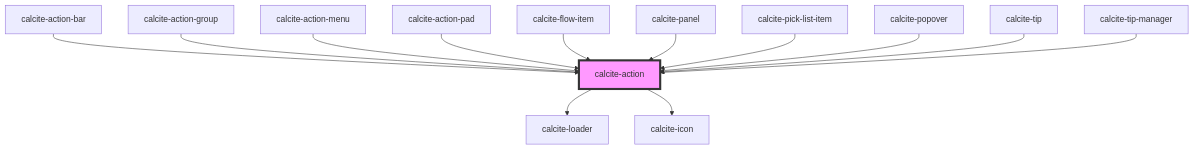
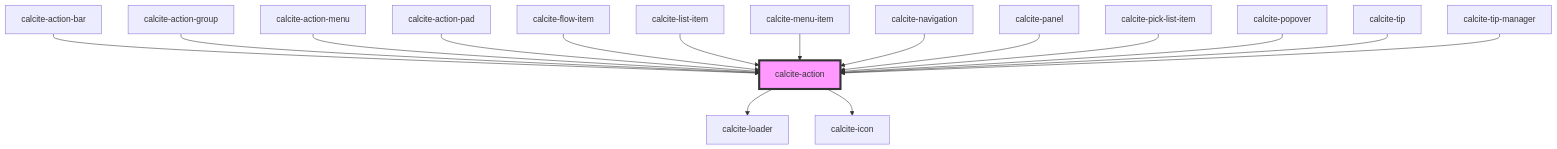
The diagram in packages/calcite-components/src/components/action/readme.md (vikivakarvc/calcite-design-system), drawn with Mermaid before and after one commit. The commit also changed other lines of this file and 91 other files, not shown here.

````diff
--- a/packages/calcite-components/src/components/action/readme.md
+++ b/packages/calcite-components/src/components/action/readme.md
@@ -106,16 +110,19 @@
 ```mermaid
 graph TD;
   calcite-action --> calcite-loader
   calcite-action --> calcite-icon
   calcite-action-bar --> calcite-action
   calcite-action-group --> calcite-action
   calcite-action-menu --> calcite-action
   calcite-action-pad --> calcite-action
   calcite-flow-item --> calcite-action
+  calcite-list-item --> calcite-action
+  calcite-menu-item --> calcite-action
+  calcite-navigation --> calcite-action
   calcite-panel --> calcite-action
   calcite-pick-list-item --> calcite-action
   calcite-popover --> calcite-action
   calcite-tip --> calcite-action
   calcite-tip-manager --> calcite-action
   style calcite-action fill:#f9f,stroke:#333,stroke-width:4px
 ```
````
